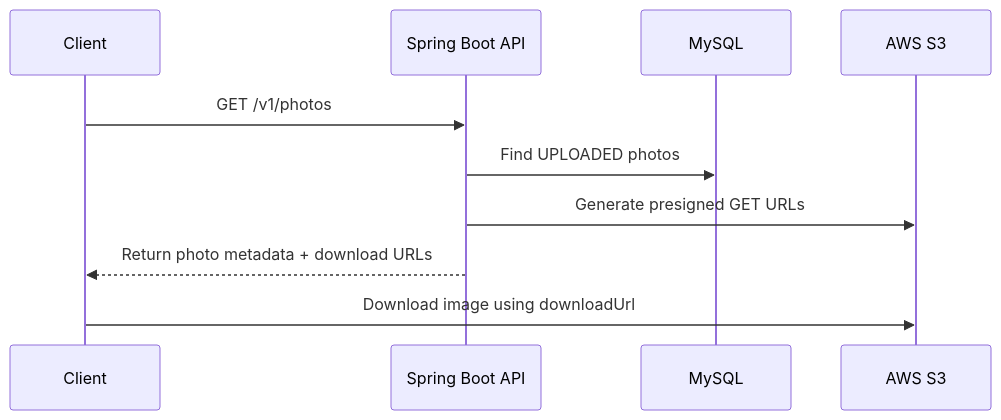
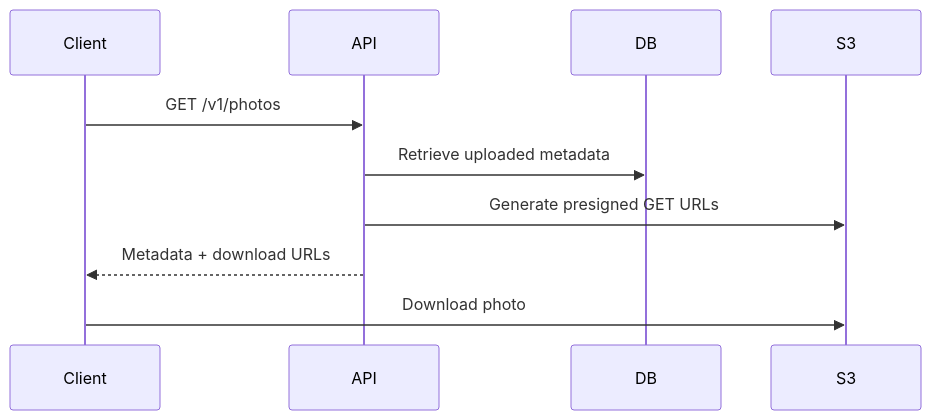
The third of 3 diagrams in README.md (SamanthaBurnett/PicLocket), drawn with Mermaid before and after one commit. The commit also changed other lines of this file, not shown here.

````diff
--- a/README.md
+++ b/README.md
@@ -75,25 +117,21 @@
 ```mermaid
-
 sequenceDiagram
 
     participant Client
 
-    participant API as Spring Boot API
+    participant API
 
-    participant DB as MySQL
+    participant DB
 
-    participant S3 as AWS S3
-
-
+    participant S3
 
     Client->>API: GET /v1/photos
 
-    API->>DB: Find UPLOADED photos
+    API->>DB: Retrieve uploaded metadata
 
     API->>S3: Generate presigned GET URLs
 
-    API-->>Client: Return photo metadata + download URLs
+    API-->>Client: Metadata + download URLs
 
-    Client->>S3: Download image using downloadUrl
-
+    Client->>S3: Download photo
 ```
````
